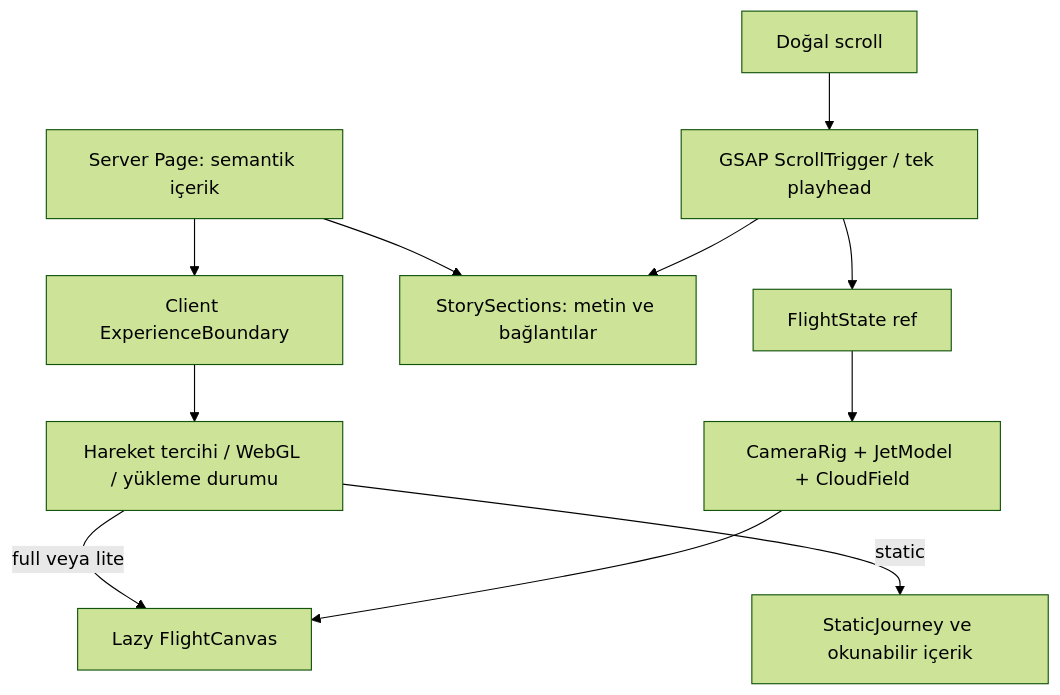
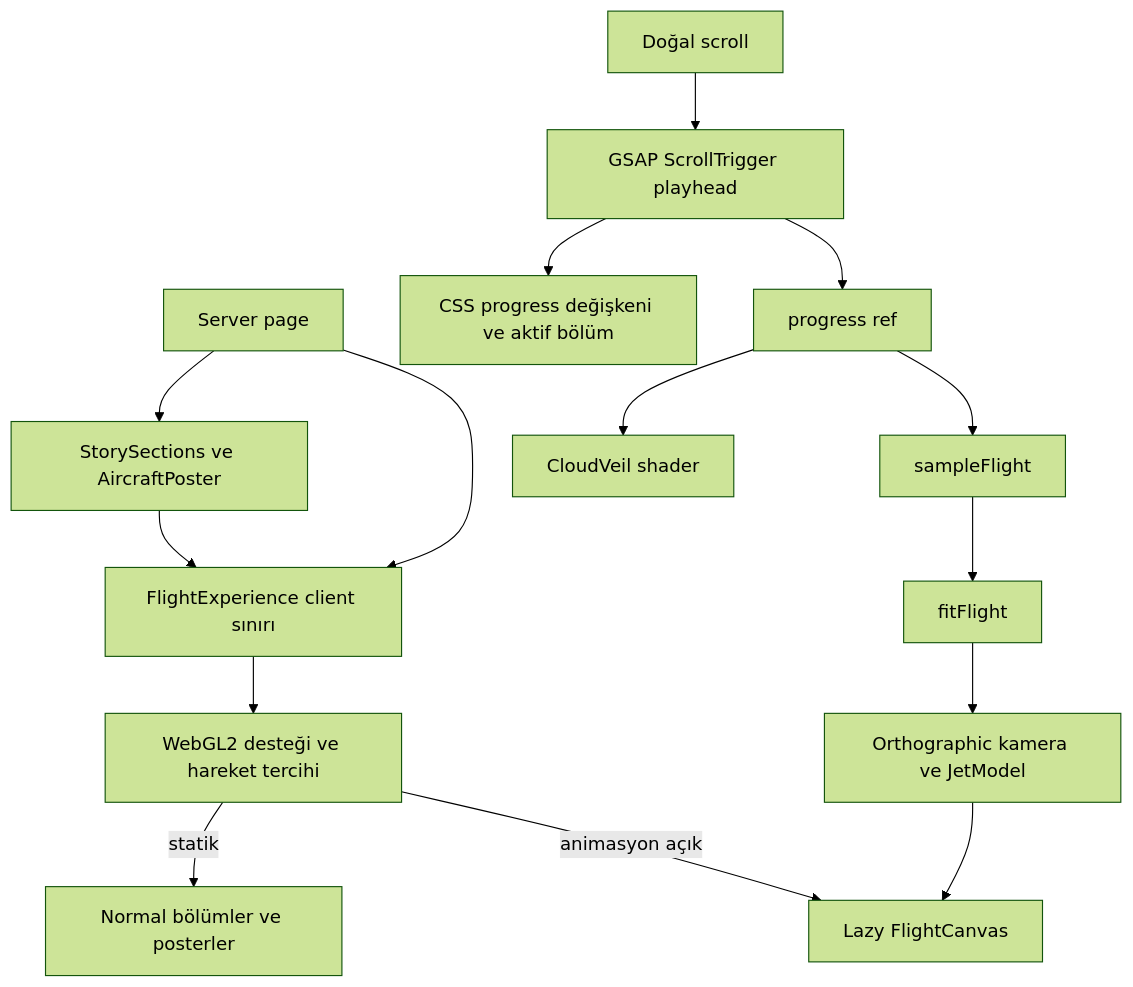
Before and after one commit to omergungor11/velair-experience: the diagram in docs/ARCHITECTURE.md, drawn with Mermaid (forest theme). The commit also changed other lines of this file and 29 other files, not shown here.

````diff
--- a/docs/ARCHITECTURE.md
+++ b/docs/ARCHITECTURE.md
@@ -30,13 +40,17 @@
 ```mermaid
 flowchart TD
-  Page[Server Page: semantik içerik] --> Boundary[Client ExperienceBoundary]
-  Page --> Content[StorySections: metin ve bağlantılar]
-  Boundary --> Capability[Hareket tercihi / WebGL / yükleme durumu]
-  Capability -->|static| Fallback[StaticJourney ve okunabilir içerik]
-  Capability -->|full veya lite| Canvas[Lazy FlightCanvas]
-  Scroll[Doğal scroll] --> Timeline[GSAP ScrollTrigger / tek playhead]
-  Timeline --> State[FlightState ref]
-  State --> Rig[CameraRig + JetModel + CloudField]
+  Page[Server page] --> Experience[FlightExperience client sınırı]
+  Page --> Content[StorySections ve AircraftPoster]
+  Content --> Experience
+  Experience --> Capability[WebGL2 desteği ve hareket tercihi]
+  Capability -->|animasyon açık| Canvas[Lazy FlightCanvas]
+  Capability -->|statik| Posters[Normal bölümler ve posterler]
+  Scroll[Doğal scroll] --> Playhead[GSAP ScrollTrigger playhead]
+  Playhead --> Progress[progress ref]
+  Progress --> Sample[sampleFlight]
+  Sample --> Fit[fitFlight]
+  Fit --> Rig[Orthographic kamera ve JetModel]
   Rig --> Canvas
-  Timeline --> Content
+  Progress --> Veil[CloudVeil shader]
+  Playhead --> DOM[CSS progress değişkeni ve aktif bölüm]
 ```
````
